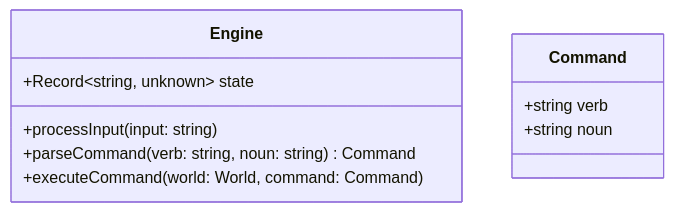
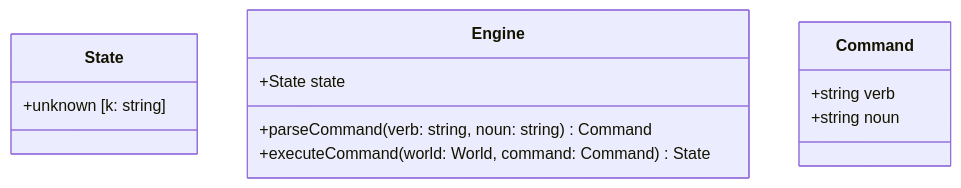
One commit to flipactual/text-adventure-experiment changed the diagram in README.md. Above: the diagram before and after it, drawn with Mermaid.

````diff
--- a/README.md
+++ b/README.md
@@ -3,13 +3,15 @@
 ```mermaid
 classDiagram
+class State {
+  +unknown [k: string]
+}
 class Engine {
-  +Record~string, unknown~ state
-  +processInput(input: string)
+  +State state
   +parseCommand(verb: string, noun: string) Command
-  +executeCommand(world: World, command: Command)
+  +executeCommand(world: World, command: Command) State
 }
 class Command {
   +string verb
   +string noun
 }
 ```
````
